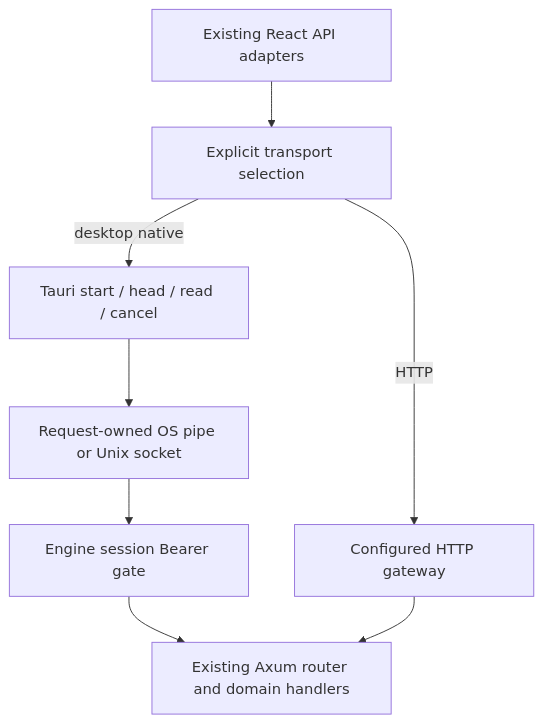
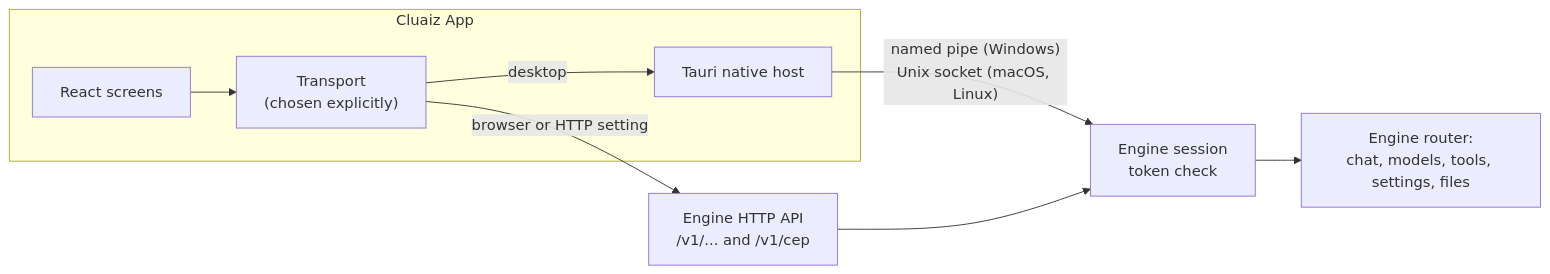
Before and after one commit to cluaiz/cluaiz-app: the diagram in README.md, drawn with Mermaid. The commit also changed other lines of this file and 6 other files, not shown here.

````diff
--- a/README.md
+++ b/README.md
@@ -45,10 +51,12 @@
 ```mermaid
-flowchart TD
-    UI["Existing React API adapters"] --> Transport["Explicit transport selection"]
-    Transport -->|"desktop native"| Host["Tauri start / head / read / cancel"]
-    Host --> Pipe["Request-owned OS pipe or Unix socket"]
-    Pipe --> Gate["Engine session Bearer gate"]
-    Transport -->|"HTTP"| HTTP["Configured HTTP gateway"]
-    Gate --> Router["Existing Axum router and domain handlers"]
-    HTTP --> Router
+flowchart LR
+    subgraph APP["Cluaiz App"]
+        UI["React screens"] --> T["Transport<br/>(chosen explicitly)"]
+        T -->|desktop| N["Tauri native host"]
+    end
+
+    N -->|"named pipe (Windows)<br/>Unix socket (macOS, Linux)"| G["Engine session<br/>token check"]
+    T -->|"browser or HTTP setting"| H["Engine HTTP API<br/>/v1/... and /v1/cep"]
+    H --> G
+    G --> R["Engine router:<br/>chat, models, tools, settings, files"]
 ```
````
